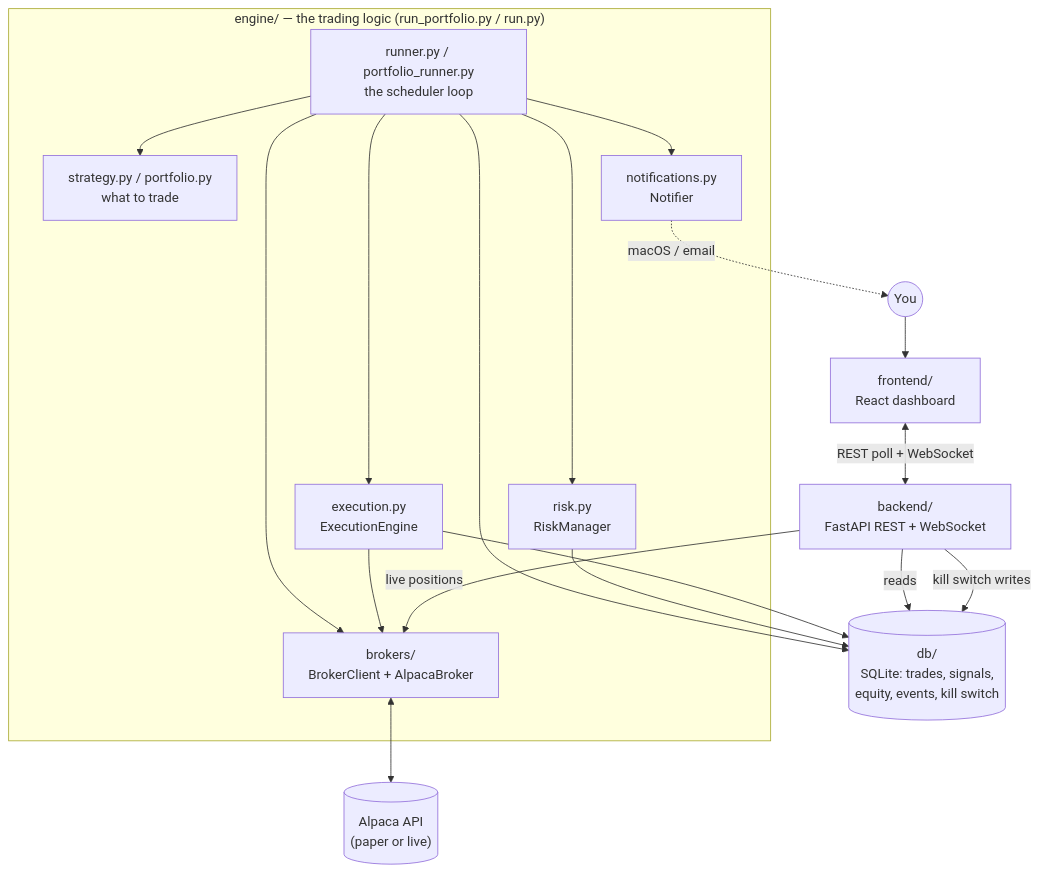
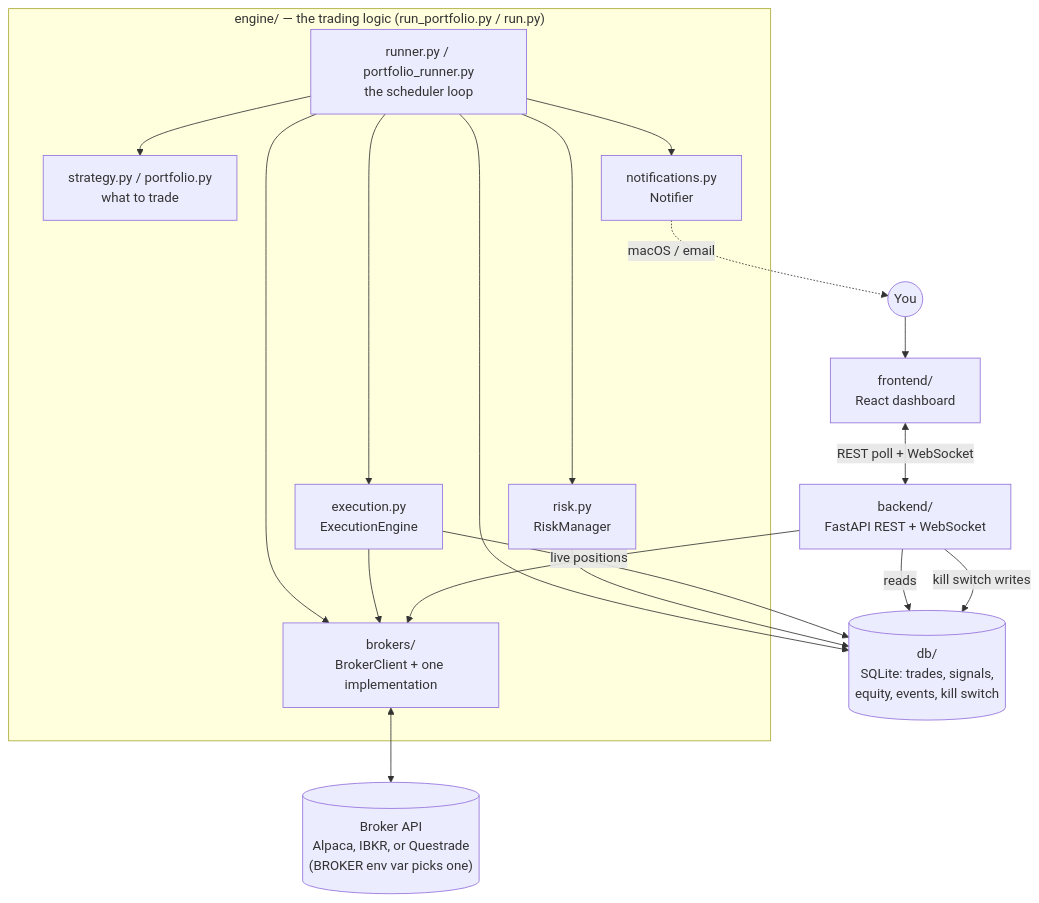
The diagram in ARCHITECTURE.md (chlovec/autotrader), drawn with Mermaid before and after one commit. The commit also changed other lines of this file and 13 other files, not shown here.

First line of the commit message:
Add IBKR and Questrade broker implementations

````diff
--- a/ARCHITECTURE.md
+++ b/ARCHITECTURE.md
@@ -8,36 +8,36 @@
 ```mermaid
 flowchart TB
-    Alpaca[("Alpaca API<br/>(paper or live)")]
+    BrokerAPI[("Broker API<br/>Alpaca, IBKR, or Questrade<br/>(BROKER env var picks one)")]
 
     subgraph Engine["engine/ — the trading logic (run_portfolio.py / run.py)"]
-        Broker["brokers/<br/>BrokerClient + AlpacaBroker"]
+        Broker["brokers/<br/>BrokerClient + one implementation"]
         Strategy["strategy.py / portfolio.py<br/>what to trade"]
         Risk["risk.py<br/>RiskManager"]
         Exec["execution.py<br/>ExecutionEngine"]
         Notify["notifications.py<br/>Notifier"]
         Runner["runner.py / portfolio_runner.py<br/>the scheduler loop"]
     end
 
     DB[("db/<br/>SQLite: trades, signals,<br/>equity, events, kill switch")]
     Backend["backend/<br/>FastAPI REST + WebSocket"]
     Frontend["frontend/<br/>React dashboard"]
     Person(("You"))
 
     Runner --> Broker
     Runner --> Strategy
     Runner --> Risk
     Runner --> Exec
     Runner --> Notify
-    Broker <--> Alpaca
+    Broker <--> BrokerAPI
     Exec --> Broker
     Runner --> DB
     Risk --> DB
     Exec --> DB
 
     Backend -- reads --> DB
     Backend -- live positions --> Broker
     Backend -- kill switch writes --> DB
     Frontend <-- "REST poll + WebSocket" --> Backend
     Person --> Frontend
     Notify -. "macOS / email" .-> Person
 ```
````
